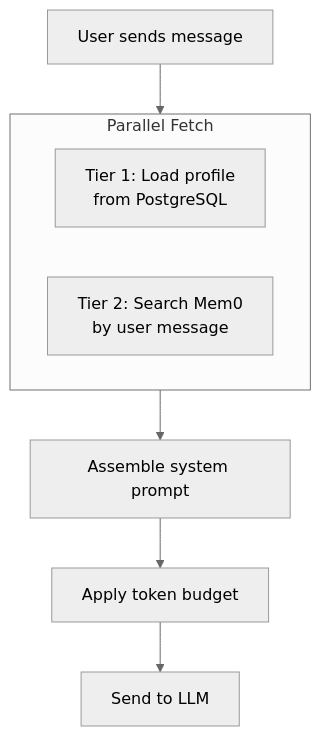
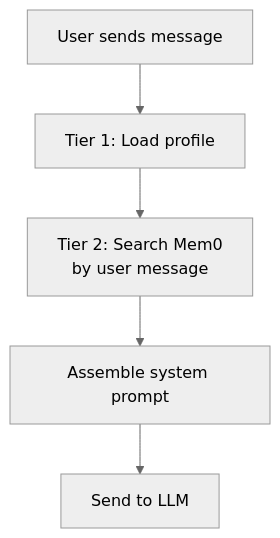
One commit to ArthurZhang2408/familyhealth-ai changed the third of 5 diagrams in docs/MEMORY_SYSTEM.md. Above: the diagram before and after it, drawn with Mermaid (neutral theme). The commit also changed other lines of this file and 22 other files, not shown here.

````diff
--- a/docs/MEMORY_SYSTEM.md
+++ b/docs/MEMORY_SYSTEM.md
@@ -429,13 +464,7 @@
 ```mermaid
 flowchart TB
-    START[User sends message] --> PARALLEL
-
-    subgraph PARALLEL["Parallel Fetch"]
-        T1[Tier 1: Load profile<br/>from PostgreSQL]
-        T2[Tier 2: Search Mem0<br/>by user message]
-    end
-
-    PARALLEL --> ASSEMBLE[Assemble system prompt]
-    ASSEMBLE --> BUDGET[Apply token budget]
-    BUDGET --> LLM[Send to LLM]
+    START[User sends message] --> T1[Tier 1: Load profile]
+    T1 --> T2[Tier 2: Search Mem0<br/>by user message]
+    T2 --> ASSEMBLE[Assemble system prompt]
+    ASSEMBLE --> LLM[Send to LLM]
 ```
````
